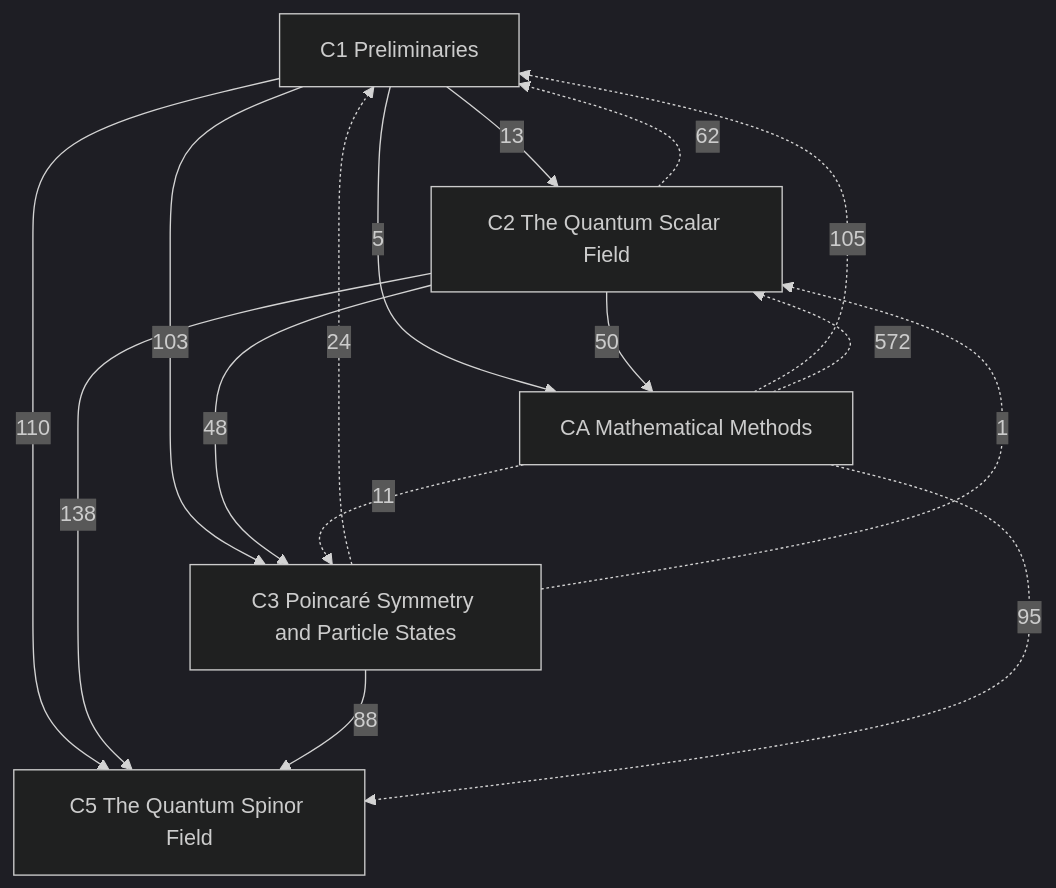
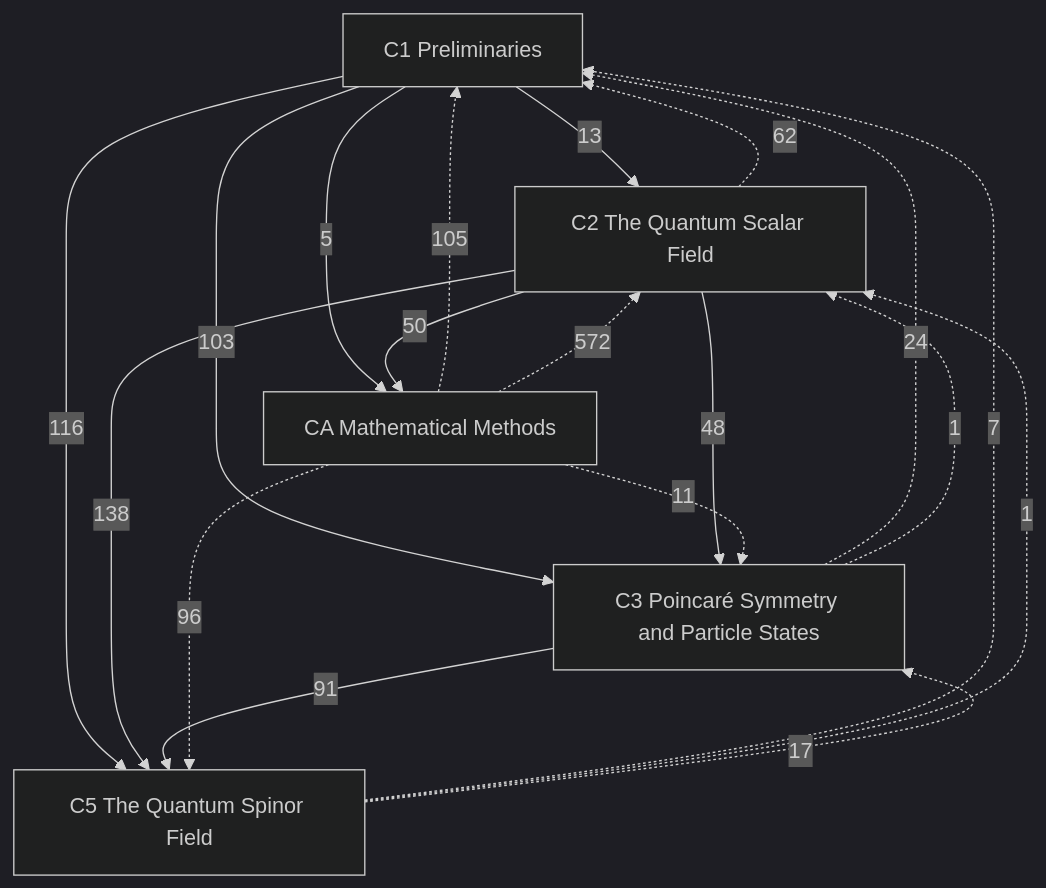
One commit to Onion20040508/notes changed the diagram in Physics/Quantum Field Theory/Quantum Field Theory.md. Above: the diagram before and after it, drawn with Mermaid (dark theme). The commit also changed 16 other files, not shown here.

````diff
--- a/Physics/Quantum Field Theory/Quantum Field Theory.md
+++ b/Physics/Quantum Field Theory/Quantum Field Theory.md
@@ -24,23 +24,26 @@
 ```mermaid
 graph TD
   C1["C1 Preliminaries"]
   C2["C2 The Quantum Scalar Field"]
   C3["C3 Poincaré Symmetry and Particle States"]
   C5["C5 The Quantum Spinor Field"]
   CA["CA Mathematical Methods"]
   C1 -->|13| C2
   C1 -->|103| C3
   C2 -->|48| C3
-  C1 -->|110| C5
+  C1 -->|116| C5
   C2 -->|138| C5
-  C3 -->|88| C5
+  C3 -->|91| C5
   C1 -->|5| CA
   C2 -->|50| CA
   C2 -.->|62| C1
   C3 -.->|24| C1
+  C5 -.->|7| C1
   CA -.->|105| C1
   C3 -.->|1| C2
+  C5 -.->|1| C2
   CA -.->|572| C2
+  C5 -.->|17| C3
   CA -.->|11| C3
-  CA -.->|95| C5
+  CA -.->|96| C5
 ```
````
